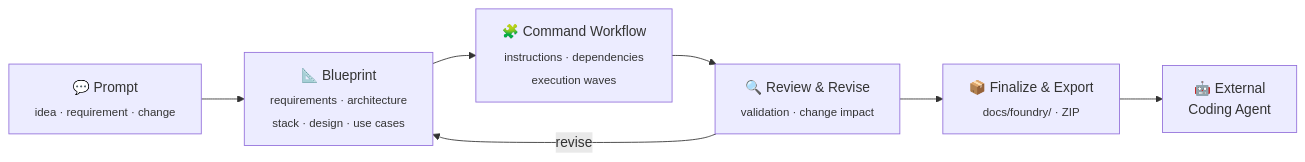
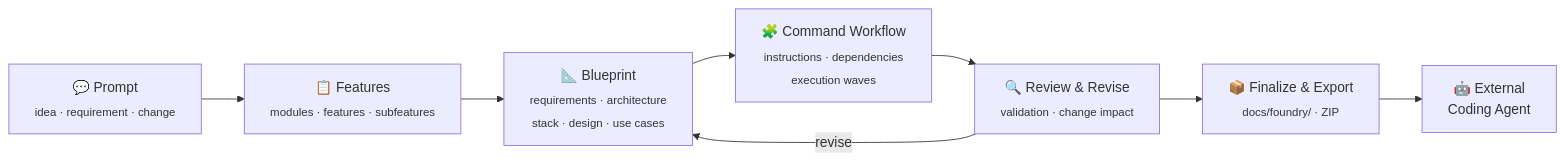
One commit to handrawanwdev/Foundry changed the diagram in README.md. Above: the diagram before and after it, drawn with Mermaid. The commit also changed other lines of this file and 38 other files, not shown here.

````diff
--- a/README.md
+++ b/README.md
@@ -53,9 +53,10 @@
 ```mermaid
 flowchart LR
-    A["💬 Prompt<br/><sub>idea · requirement · change</sub>"] --> B["📐 Blueprint<br/><sub>requirements · architecture<br/>stack · design · use cases</sub>"]
-    B --> C["🧩 Command Workflow<br/><sub>instructions · dependencies<br/>execution waves</sub>"]
-    C --> D["🔍 Review & Revise<br/><sub>validation · change impact</sub>"]
-    D -->|revise| B
-    D --> E["📦 Finalize & Export<br/><sub>docs/foundry/ · ZIP</sub>"]
-    E --> F["🤖 External<br/>Coding Agent"]
+    A["💬 Prompt<br/><sub>idea · requirement · change</sub>"] --> B["📋 Features<br/><sub>modules · features · subfeatures</sub>"]
+    B --> C["📐 Blueprint<br/><sub>requirements · architecture<br/>stack · design · use cases</sub>"]
+    C --> D["🧩 Command Workflow<br/><sub>instructions · dependencies<br/>execution waves</sub>"]
+    D --> E["🔍 Review & Revise<br/><sub>validation · change impact</sub>"]
+    E -->|revise| C
+    E --> F["📦 Finalize & Export<br/><sub>docs/foundry/ · ZIP</sub>"]
+    F --> G["🤖 External<br/>Coding Agent"]
 ```
````
